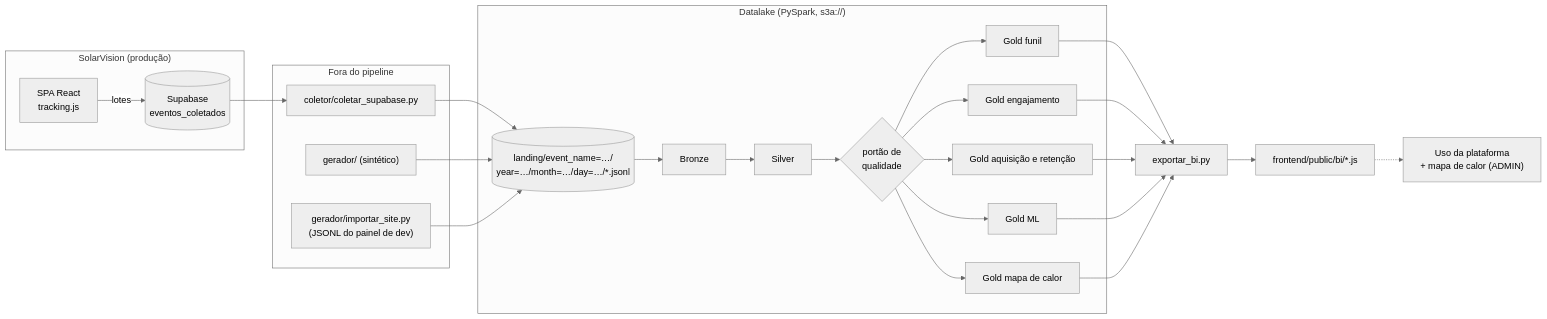
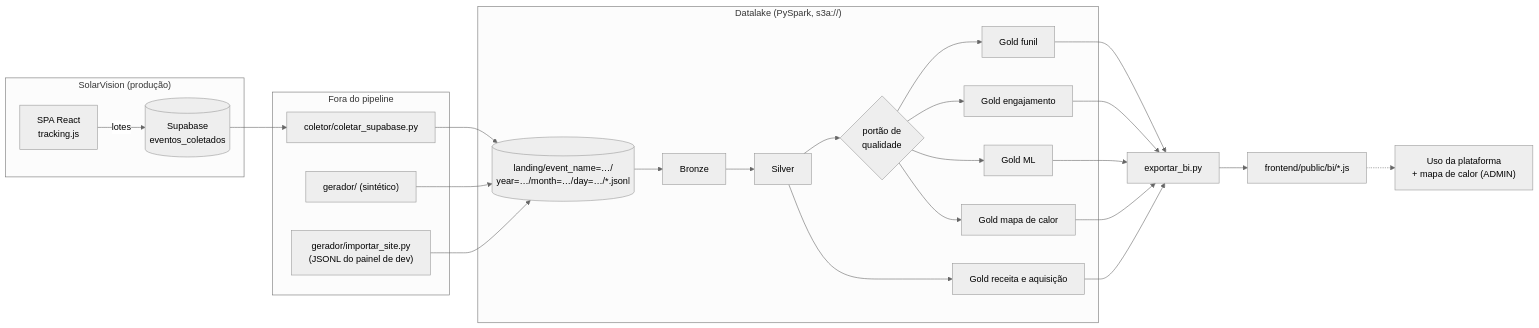
One commit to danieltanjos/SolarVision changed the second of 2 diagrams in datalake/docs/ENUNCIADO.md. Above: the diagram before and after it, drawn with Mermaid (neutral theme). The commit also changed other lines of this file and 4 other files, not shown here.

Commit message:
docs(datalake): gold receita e a pasta de workflows no enunciado e nos guias

````diff
--- a/datalake/docs/ENUNCIADO.md
+++ b/datalake/docs/ENUNCIADO.md
@@ -63,27 +67,27 @@
 ```mermaid
 flowchart LR
     subgraph APP["SolarVision (produção)"]
         spa["SPA React<br/>tracking.js"] -->|lotes| tab[("Supabase<br/>eventos_coletados")]
     end
     subgraph FORA["Fora do pipeline"]
         col["coletor/coletar_supabase.py"]
         ger["gerador/ (sintético)"]
         imp["gerador/importar_site.py<br/>(JSONL do painel de dev)"]
     end
     tab --> col
     col --> landing[("landing/event_name=…/<br/>year=…/month=…/day=…/*.jsonl")]
     ger --> landing
     imp --> landing
     subgraph DL["Datalake (PySpark, s3a://)"]
         landing --> bronze["Bronze"] --> silver["Silver"]
         silver --> q{"portão de<br/>qualidade"}
         q --> g1["Gold funil"]
         q --> g2["Gold engajamento"]
-        q --> g3["Gold aquisição e retenção"]
+        silver --> g3["Gold receita e aquisição"]
         q --> g4["Gold ML"]
         q --> g5["Gold mapa de calor"]
     end
     g1 & g2 & g3 & g4 & g5 --> exp["exportar_bi.py"]
     exp --> bi["frontend/public/bi/*.js"]
     bi -.-> painel["Uso da plataforma<br/>+ mapa de calor (ADMIN)"]
 ```
````
